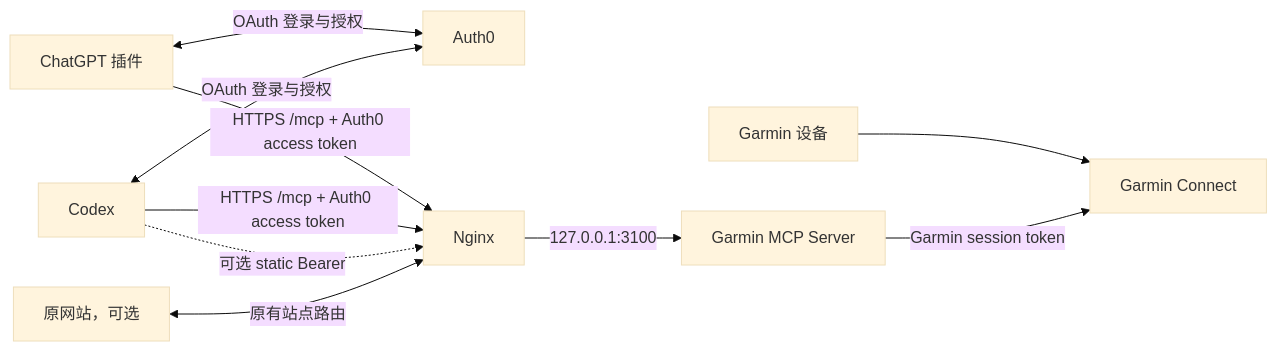
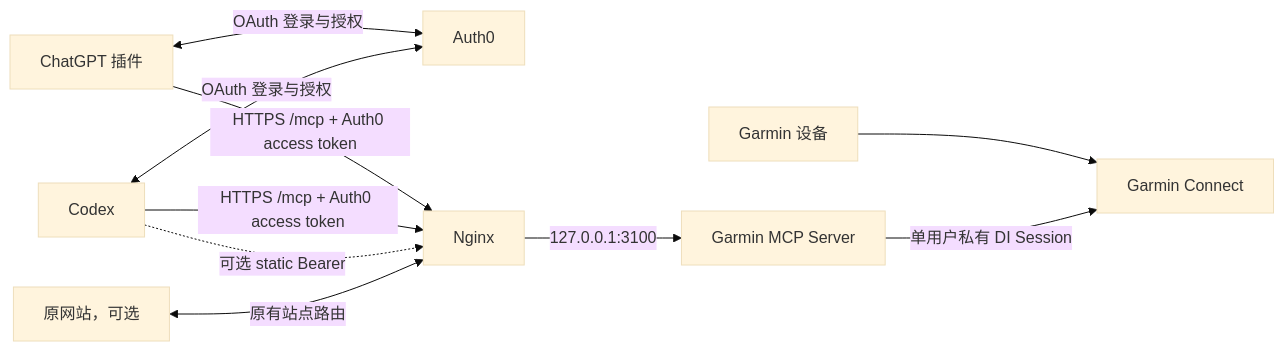
Before and after one commit to getsomecat/garmin-connect-mcp: the diagram in docs/deployment-guide.zh-CN.md, drawn with Mermaid (base theme). The commit also changed other lines of this file and 22 other files, not shown here.

````diff
--- a/docs/deployment-guide.zh-CN.md
+++ b/docs/deployment-guide.zh-CN.md
@@ -45,12 +48,12 @@
 ```mermaid
 flowchart LR
     W[Garmin 设备] --> G[Garmin Connect]
     C[ChatGPT 插件] <-->|OAuth 登录与授权| A[Auth0]
     X[Codex] <-->|OAuth 登录与授权| A
     C -->|HTTPS /mcp + Auth0 access token| N[Nginx]
     X -->|HTTPS /mcp + Auth0 access token| N
     X -.->|可选 static Bearer| N
     B[原网站，可选] <-->|原有站点路由| N
     N -->|127.0.0.1:3100| M[Garmin MCP Server]
-    M -->|Garmin session token| G
+    M -->|单用户私有 DI Session| G
 ```
````
